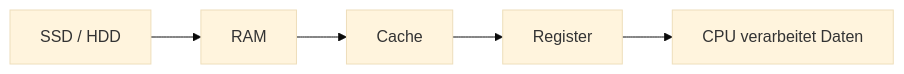
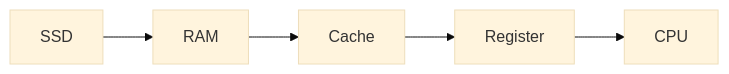
One commit to seanconroy-dev/FIAE_Umschulung_Notes changed the third of 3 diagrams in notes/2026/Systemtechnik/WED/2026-03-17_Systemtechnik_WED_speicherhierarchie.md. Above: the diagram before and after it, drawn with Mermaid (base theme). The commit also changed other lines of this file, not shown here.

````diff
--- a/notes/2026/Systemtechnik/WED/2026-03-17_Systemtechnik_WED_speicherhierarchie.md
+++ b/notes/2026/Systemtechnik/WED/2026-03-17_Systemtechnik_WED_speicherhierarchie.md
@@ -283,7 +192,7 @@
 ```mermaid
 flowchart LR
-  A["SSD / HDD"] --> B["RAM"]
+  A["SSD"] --> B["RAM"]
   B --> C["Cache"]
   C --> D["Register"]
-  D --> E["CPU verarbeitet Daten"]
+  D --> E["CPU"]
 ```
````
